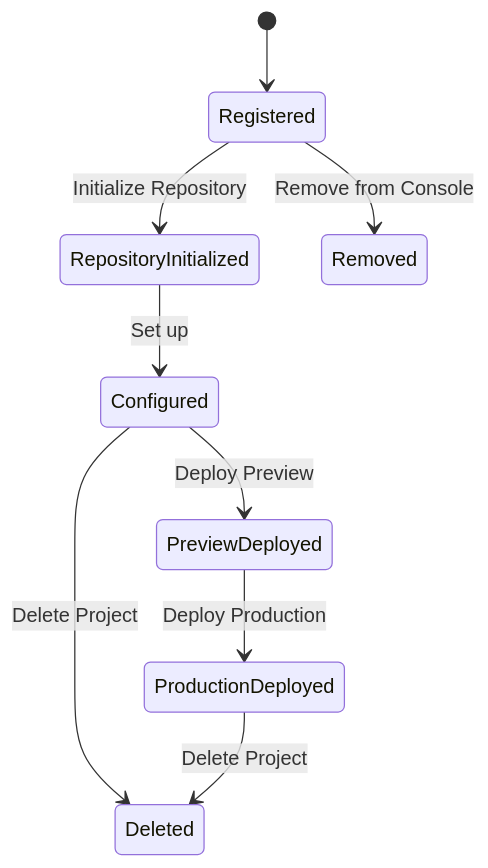
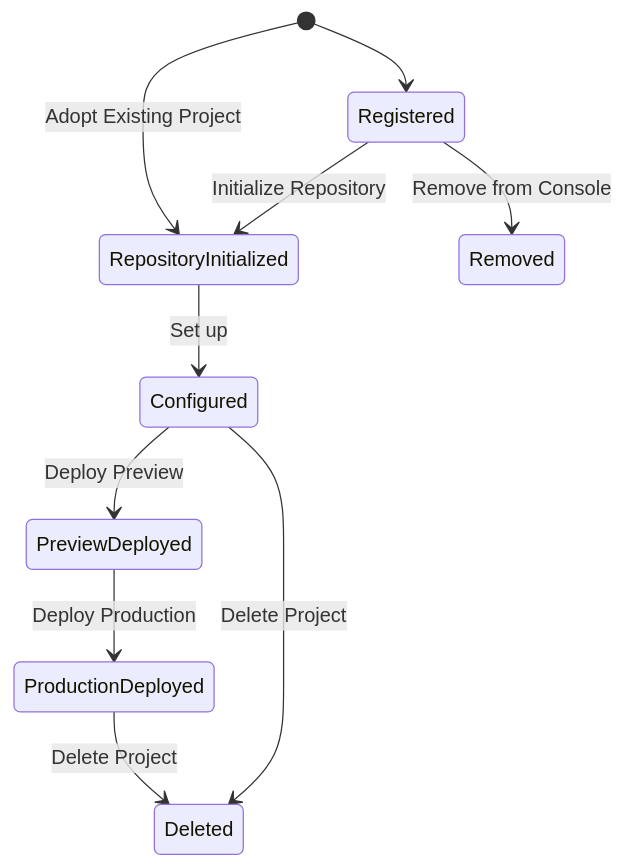
One commit to AK34cy/dev-console changed the third of 4 diagrams in docs/architecture.md. Above: the diagram before and after it, drawn with Mermaid. The commit also changed other lines of this file and 19 other files, not shown here.

Commit message:
Implement existing project adoption and deployment hardening

````diff
--- a/docs/architecture.md
+++ b/docs/architecture.md
@@ -97,11 +99,12 @@
 ```mermaid
 stateDiagram-v2
     [*] --> Registered
     Registered --> RepositoryInitialized: Initialize Repository
+    [*] --> RepositoryInitialized: Adopt Existing Project
     RepositoryInitialized --> Configured: Set up
     Configured --> PreviewDeployed: Deploy Preview
     PreviewDeployed --> ProductionDeployed: Deploy Production
     Registered --> Removed: Remove from Console
     Configured --> Deleted: Delete Project
     ProductionDeployed --> Deleted: Delete Project
 ```
````
